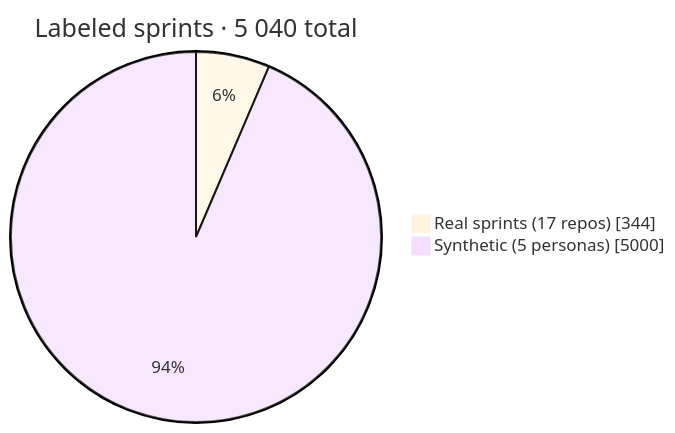
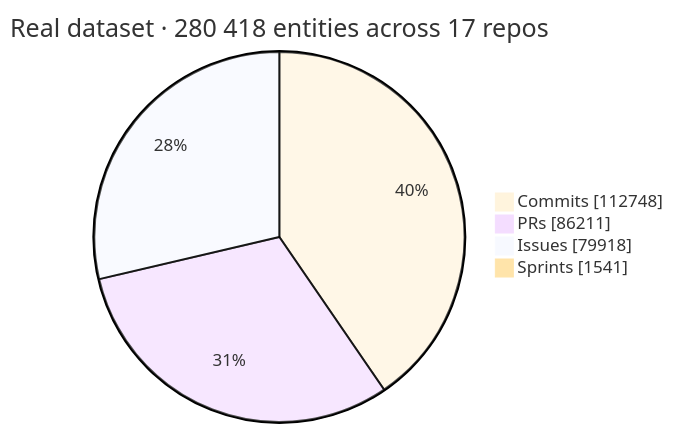
Before and after one commit to bibekgupta3333/repo-sprint: the second of 7 diagrams in docs/PRESENTATION_SLIDES.md, drawn with Mermaid. The commit also changed other lines of this file, not shown here.

````diff
--- a/docs/PRESENTATION_SLIDES.md
+++ b/docs/PRESENTATION_SLIDES.md
@@ -151,7 +134,9 @@
 ```mermaid
 %%{init: {'theme':'base'}}%%
 pie showData
-    title Labeled sprints · 5 040 total
-    "Real sprints (17 repos)" : 344
-    "Synthetic (5 personas)" : 5000
+    title Real dataset · 280 418 entities across 17 repos
+    "Commits" : 112748
+    "PRs" : 86211
+    "Issues" : 79918
+    "Sprints" : 1541
 ```
````
